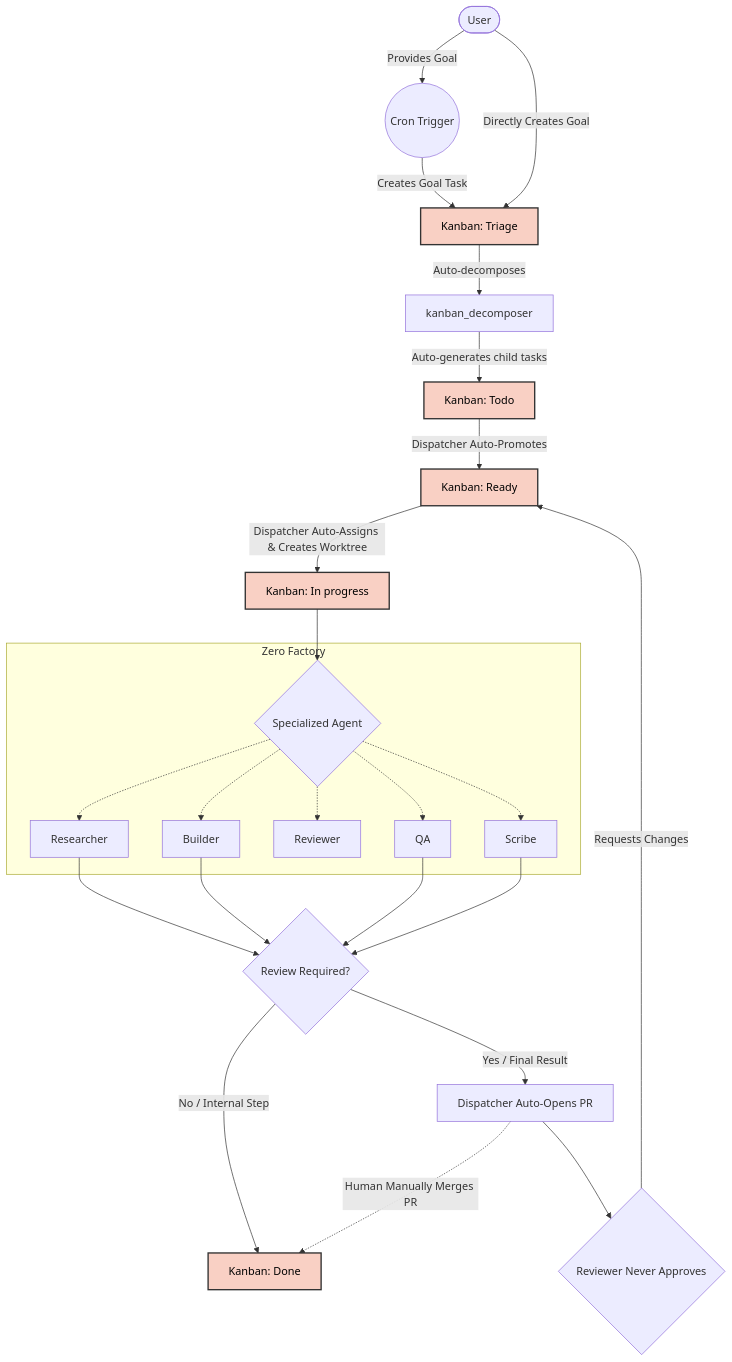
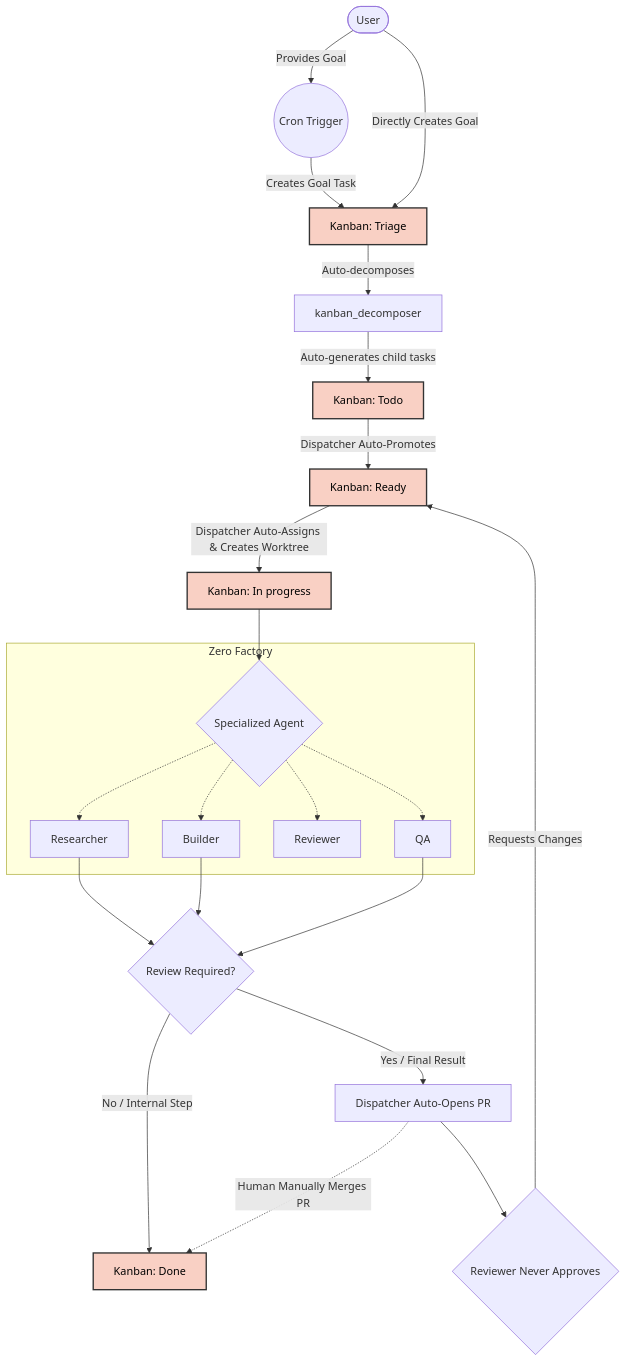
The diagram in README.md (hotcode-dev/zerofactory), drawn with Mermaid before and after one commit. The commit also changed other lines of this file and 5 other files, not shown here.

Commit message:
refactor: remove the Scribe agent profile and associated configurations

````diff
--- a/README.md
+++ b/README.md
@@ -37,41 +36,39 @@
 ```mermaid
 graph TD
     classDef kanban fill:#f9d0c4,stroke:#333,stroke-width:2px,color:#000;
     
     User([User]) -->|Provides Goal| Cron((Cron Trigger))
     Cron -->|Creates Goal Task| Triage[Kanban: Triage]:::kanban
     
     User -->|Directly Creates Goal| Triage
     
     Triage -->|Auto-decomposes| Decomposer[kanban_decomposer]
     Decomposer -->|Auto-generates child tasks| Todo[Kanban: Todo]:::kanban
     
     Todo -->|Dispatcher Auto-Promotes| Ready[Kanban: Ready]:::kanban
     
     Ready -->|Dispatcher Auto-Assigns & Creates Worktree| InProgress[Kanban: In progress]:::kanban
     
     InProgress --> AgentWork{Specialized Agent}
     
     subgraph Zero Factory
         AgentWork -.-> Researcher
         AgentWork -.-> Builder
         AgentWork -.-> Reviewer
         AgentWork -.-> QA
-        AgentWork -.-> Scribe
     end
     
     Researcher --> TaskComplete
     Builder --> TaskComplete
     QA --> TaskComplete
-    Scribe --> TaskComplete
     
     TaskComplete{Review Required?}
     TaskComplete -->|No / Internal Step| Done[Kanban: Done]:::kanban
     
     TaskComplete -->|Yes / Final Result| PR[Dispatcher Auto-Opens PR]
     
     PR --> ReviewerLoop{Reviewer Never Approves}
     ReviewerLoop -->|Requests Changes| Ready
     
     PR -.->|Human Manually Merges PR| Done
 ```
````
